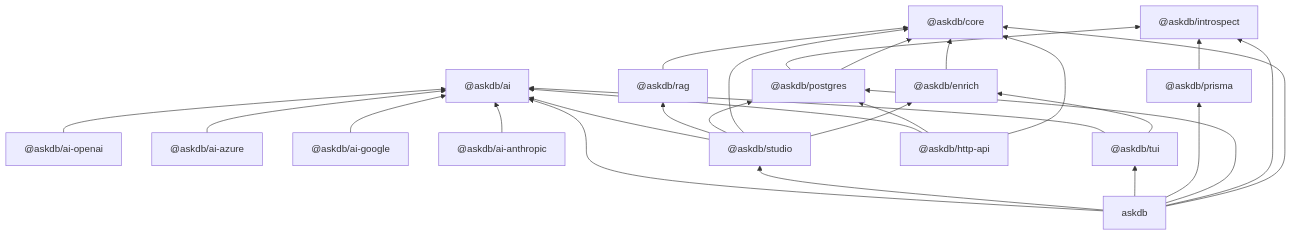
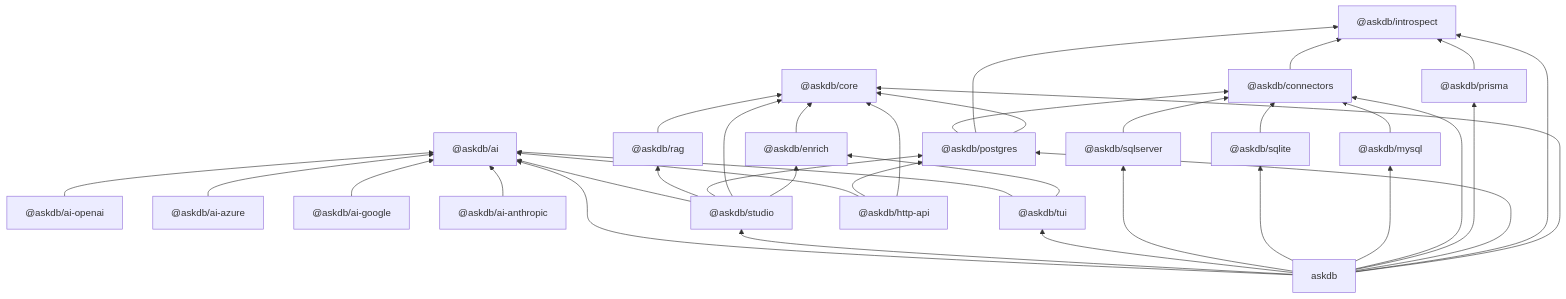
Before and after one commit to Ygilany/AskDB: the third of 7 diagrams in docs/architecture.md, drawn with Mermaid. The commit also changed other lines of this file and 1 other file, not shown here.

First line of the commit message:
docs(architecture): add connector and AI packages to diagrams, table, and boundary rules

````diff
--- a/docs/architecture.md
+++ b/docs/architecture.md
@@ -119,45 +136,58 @@
 ```mermaid
 flowchart BT
   core["@askdb/core"]
   introspect["@askdb/introspect"]
   enrich["@askdb/enrich"]
   rag["@askdb/rag"]
   postgres["@askdb/postgres"]
   prisma["@askdb/prisma"]
+  connectors["@askdb/connectors"]
+  mysql["@askdb/mysql"]
+  sqlite["@askdb/sqlite"]
+  sqlserver["@askdb/sqlserver"]
   ai["@askdb/ai"]
   aiOpenai["@askdb/ai-openai"]
   aiAzure["@askdb/ai-azure"]
   aiGoogle["@askdb/ai-google"]
   aiAnthropic["@askdb/ai-anthropic"]
   tui["@askdb/tui"]
   studio["@askdb/studio"]
   cli["askdb"]
   http["@askdb/http-api"]
 
+  connectors --> introspect
   enrich --> core
   rag --> core
   postgres --> core
   postgres --> introspect
+  postgres --> connectors
   prisma --> introspect
+  mysql --> connectors
+  sqlite --> connectors
+  sqlserver --> connectors
   aiOpenai --> ai
   aiAzure --> ai
   aiGoogle --> ai
   aiAnthropic --> ai
   tui --> enrich
   tui --> ai
   studio --> enrich
   studio --> core
   studio --> postgres
   studio --> rag
   studio --> ai
   cli --> core
   cli --> introspect
   cli --> postgres
   cli --> prisma
+  cli --> connectors
+  cli --> mysql
+  cli --> sqlite
+  cli --> sqlserver
   cli --> tui
   cli --> studio
   cli --> ai
   http --> core
   http --> postgres
   http --> ai
 ```
````
